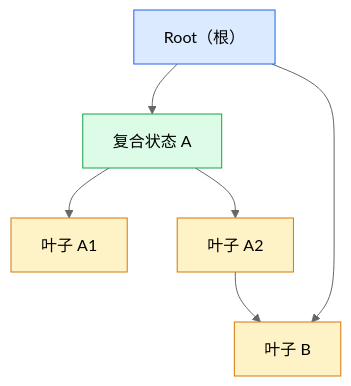
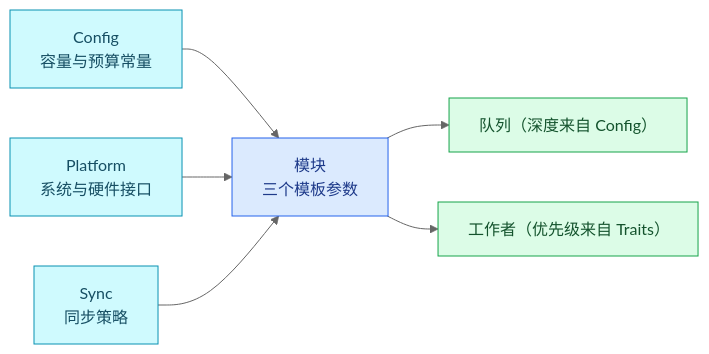
The third of 4 diagrams in content/posts/pattern/compile_time_polymorphism.md (DeguiLiu/tech-notes), drawn with Mermaid (neutral theme) before and after one commit. The commit also changed other lines of this file, not shown here.

````diff
--- a/content/posts/pattern/compile_time_polymorphism.md
+++ b/content/posts/pattern/compile_time_polymorphism.md
@@ -82,16 +243,11 @@
 ```mermaid
-flowchart TB
-    ROOT["Root（根）"]:::r
-    A["复合状态 A"]:::c
-    A1["叶子 A1"]:::l
-    A2["叶子 A2"]:::l
-    B["叶子 B"]:::l
-    ROOT --> A
-    ROOT --> B
-    A --> A1
-    A --> A2
-    A2 --> B
-    classDef r fill:#dbeafe,stroke:#2563eb
-    classDef c fill:#dcfce7,stroke:#16a34a
-    classDef l fill:#fef3c7,stroke:#d97706
+flowchart LR
+    CFG["Config<br/>容量与预算常量"]:::cfg --> MOD["模块<br/>三个模板参数"]:::mod
+    PAL["Platform<br/>系统与硬件接口"]:::cfg --> MOD
+    SYNC["Sync<br/>同步策略"]:::cfg --> MOD
+    MOD --> Q["队列（深度来自 Config）"]:::part
+    MOD --> W["工作者（优先级来自 Traits）"]:::part
+    classDef cfg fill:#cffafe,stroke:#0891b2,color:#164e63
+    classDef mod fill:#dbeafe,stroke:#2563eb,color:#1e3a8a
+    classDef part fill:#dcfce7,stroke:#16a34a,color:#14532d
 ```
````
